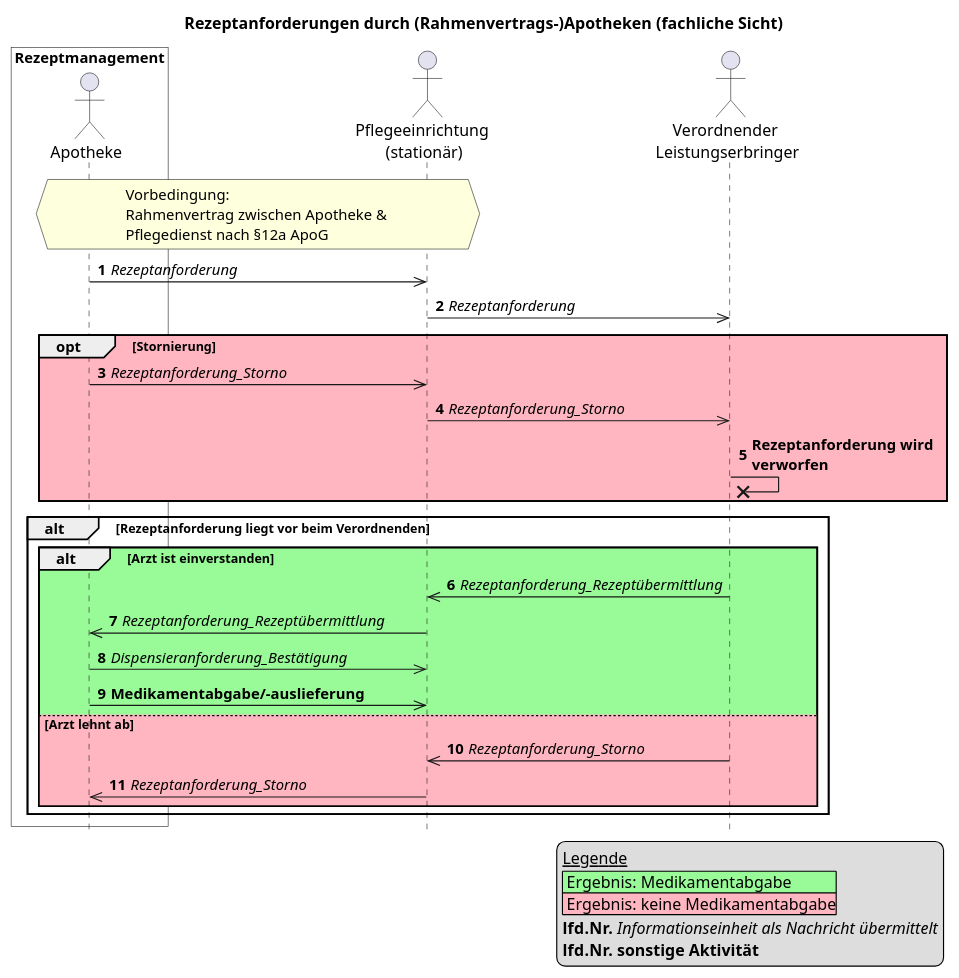
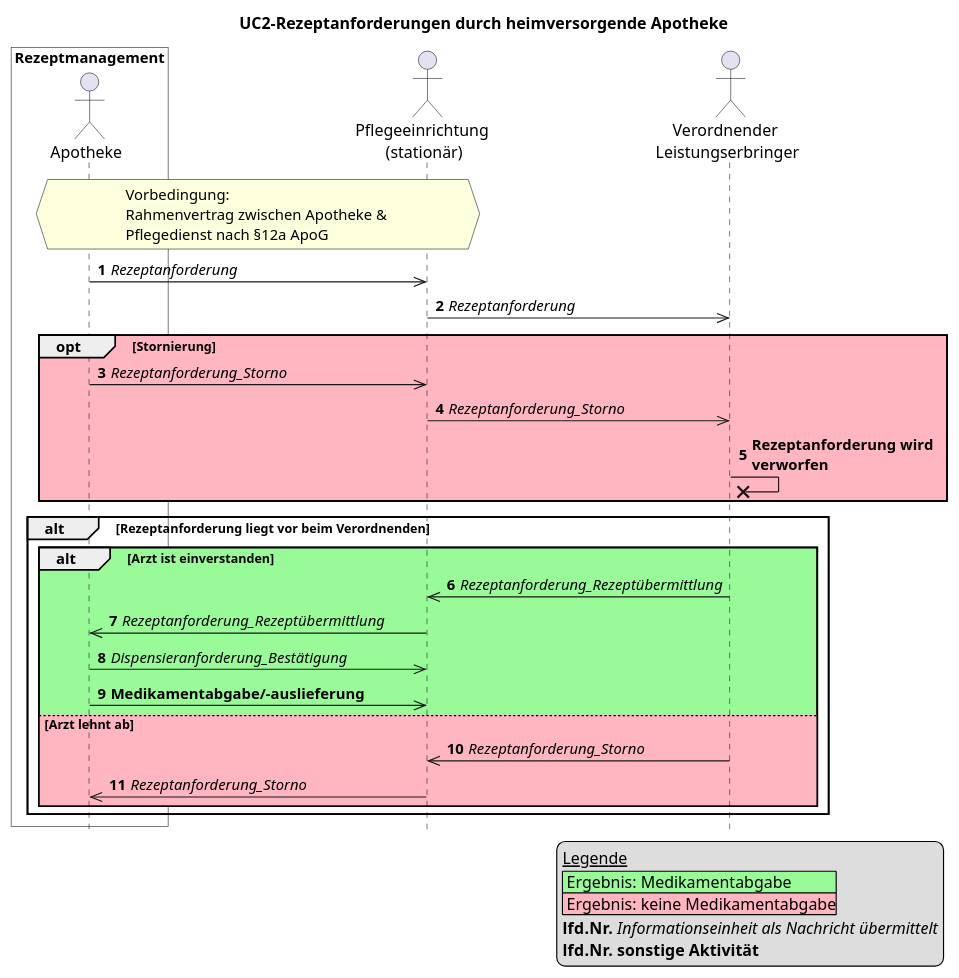
One commit to gematik/spec-E-Rezept-ServiceRequest changed the diagram in Resources/puml/gemF_eRp_KIM/UC2-rezeptanforderung-apotheke.puml. Above: the diagram before and after it, drawn with PlantUML. The commit also changed 5 other files, not shown here.

```diff
--- a/Resources/puml/gemF_eRp_KIM/UC2-rezeptanforderung-apotheke.puml
+++ b/Resources/puml/gemF_eRp_KIM/UC2-rezeptanforderung-apotheke.puml
@@ -1,53 +1,53 @@
-@startuml name = "Rezeptanforderung-Apotheke"
+@startuml name = "UC2-Rezeptanforderung-Apotheke"
 
 
 skinparam maxMessageSize 200
 
 box "Rezeptmanagement" #White
     actor Apotheke
 end box
 actor "Pflegeeinrichtung \n(stationär)" as Pflegeeinrichtung
 actor "Verordnender \nLeistungserbringer" as Arztpraxis
 
-title Rezeptanforderungen durch (Rahmenvertrags-)Apotheken (fachliche Sicht)
+title UC2-Rezeptanforderungen durch heimversorgende Apotheke
 hide footbox
 autonumber
 
 legend bottom right
     __Legende__
     |<#PaleGreen> Ergebnis: Medikamentabgabe|
     |<#LightPink> Ergebnis: keine Medikamentabgabe|
     **lfd.Nr.** //Informationseinheit als Nachricht übermittelt//
     **lfd.Nr.** **sonstige Aktivität**
 endlegend
 
 hnote over Apotheke, Pflegeeinrichtung
     Vorbedingung:
     Rahmenvertrag zwischen Apotheke & 
     Pflegedienst nach §12a ApoG
 end hnote
 
 Apotheke ->> Pflegeeinrichtung: //Rezeptanforderung//
 Pflegeeinrichtung ->> Arztpraxis: //Rezeptanforderung//
 
 opt #LightPink Stornierung
     Apotheke ->> Pflegeeinrichtung: //Rezeptanforderung_Storno//
     Pflegeeinrichtung ->> Arztpraxis: //Rezeptanforderung_Storno//
 
     Arztpraxis ->x Arztpraxis: **Rezeptanforderung wird verworfen**
 end
 
 alt Rezeptanforderung liegt vor beim Verordnenden
     alt #PaleGreen Arzt ist einverstanden 
         Arztpraxis ->> Pflegeeinrichtung: //Rezeptanforderung_Rezeptübermittlung//
         Pflegeeinrichtung ->> Apotheke: //Rezeptanforderung_Rezeptübermittlung//
         Apotheke ->> Pflegeeinrichtung: //Dispensieranforderung_Bestätigung//
         Apotheke ->> Pflegeeinrichtung: **Medikamentabgabe/-auslieferung**
 
     else #LightPink Arzt lehnt ab
         Arztpraxis ->> Pflegeeinrichtung: //Rezeptanforderung_Storno//
         Pflegeeinrichtung ->> Apotheke: //Rezeptanforderung_Storno//
     end
 end
 
 @enduml
```
